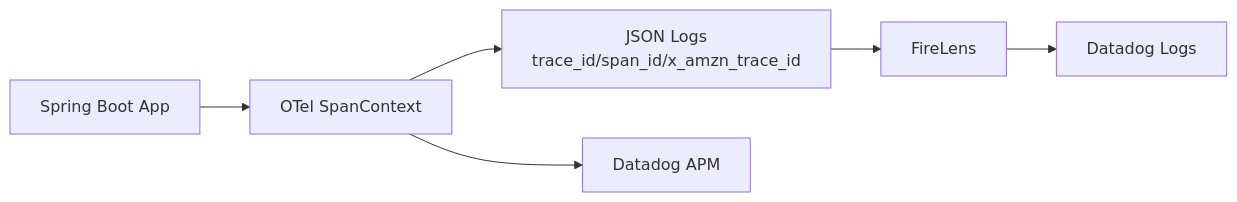
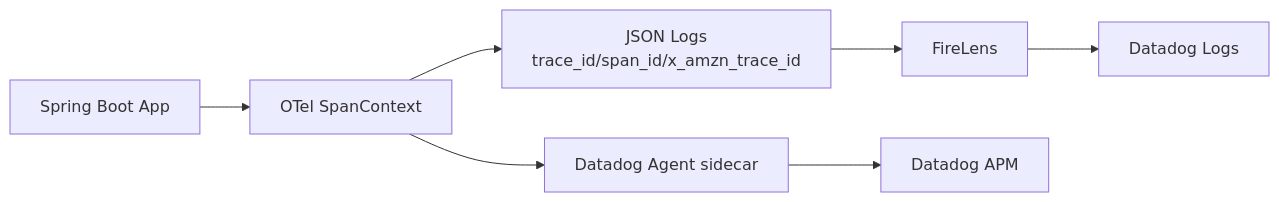
One commit to rafty/Todo-ECS-Observability-Sample changed the diagram in docs/adr/adr-0002-trace-correlation-otel-datadog.md. Above: the diagram before and after it, drawn with Mermaid. The commit also changed other lines of this file and 25 other files, not shown here.

First line of the commit message:
feat(o11y): Datadog Agent + FireLens を CDK に統合し、Spring O11y を Micrometer/OTel 方針へ再編

````diff
--- a/docs/adr/adr-0002-trace-correlation-otel-datadog.md
+++ b/docs/adr/adr-0002-trace-correlation-otel-datadog.md
@@ -63,15 +64,17 @@
 ```mermaid
 flowchart LR
   APP[Spring Boot App]
   OTEL[OTel SpanContext]
   LOG[JSON Logs\ntrace_id/span_id/x_amzn_trace_id]
   FL[FireLens]
   DDLOG[Datadog Logs]
+  AG[Datadog Agent sidecar]
   DDAPM[Datadog APM]
 
   APP --> OTEL
   OTEL --> LOG
   LOG --> FL
   FL --> DDLOG
-  OTEL --> DDAPM
+  OTEL --> AG
+  AG --> DDAPM
 ```
````
